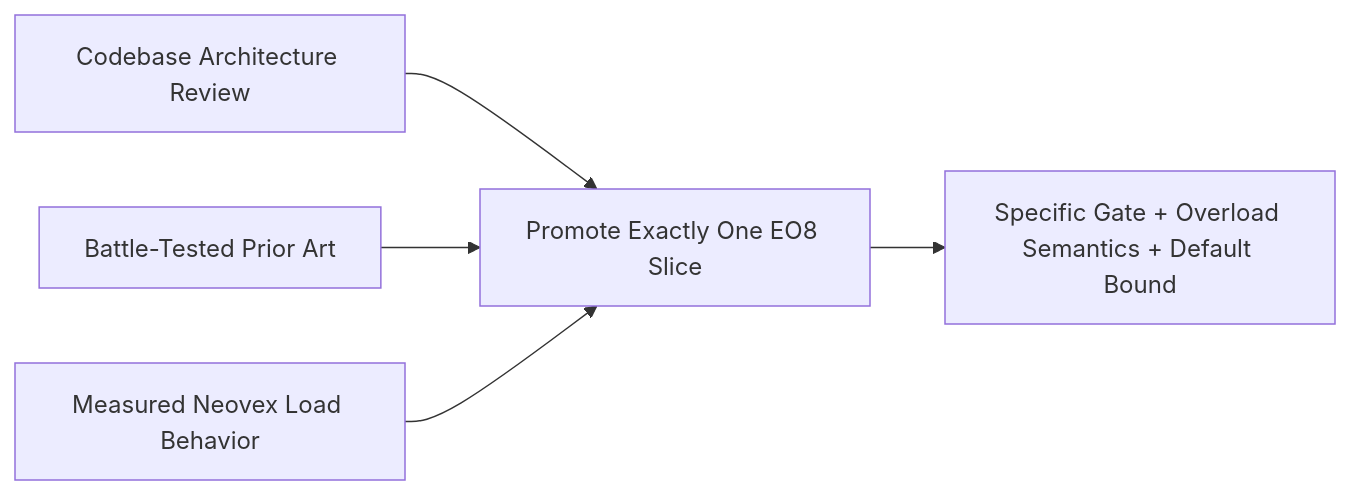
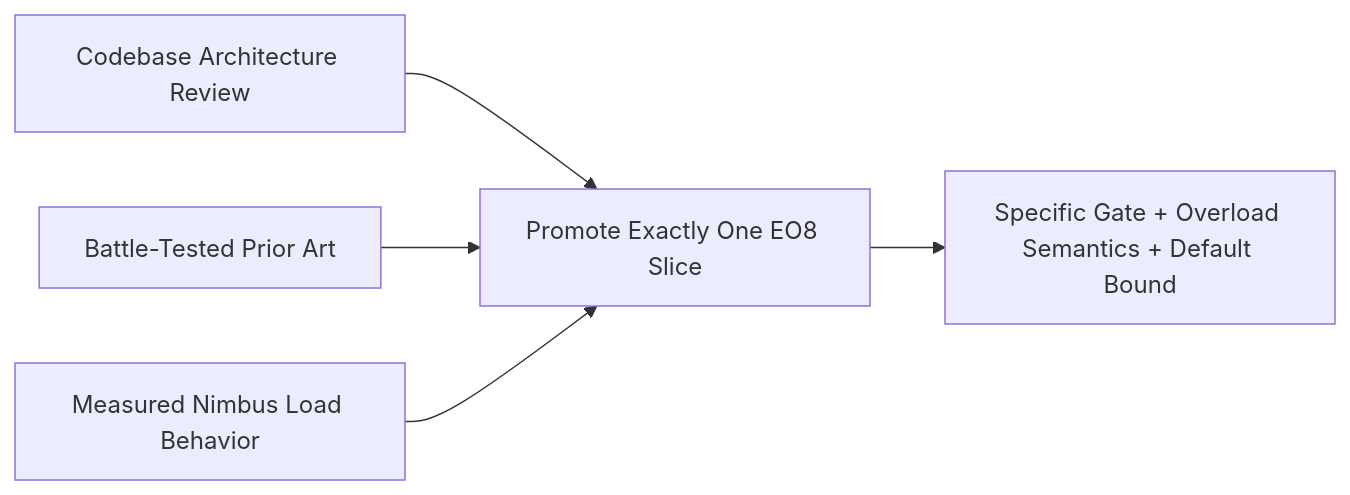
One commit to nimbus/nimbus changed the diagram in docs/plans/layered-admission-control-plan.md. Above: the diagram before and after it, drawn with Mermaid. The commit also changed other lines of this file and 6725 other files, not shown here.

First line of the commit message:
rename: complete neovex→nimbus rebrand across entire codebase

````diff
--- a/docs/plans/layered-admission-control-plan.md
+++ b/docs/plans/layered-admission-control-plan.md
@@ -69,7 +69,7 @@
 ```mermaid
 flowchart LR
     Code["Codebase Architecture Review"] --> Decide["Promote Exactly One EO8 Slice"]
     Prior["Battle-Tested Prior Art"] --> Decide
-    Data["Measured Neovex Load Behavior"] --> Decide
+    Data["Measured Nimbus Load Behavior"] --> Decide
     Decide --> Gate["Specific Gate + Overload Semantics + Default Bound"]
 ```
````
